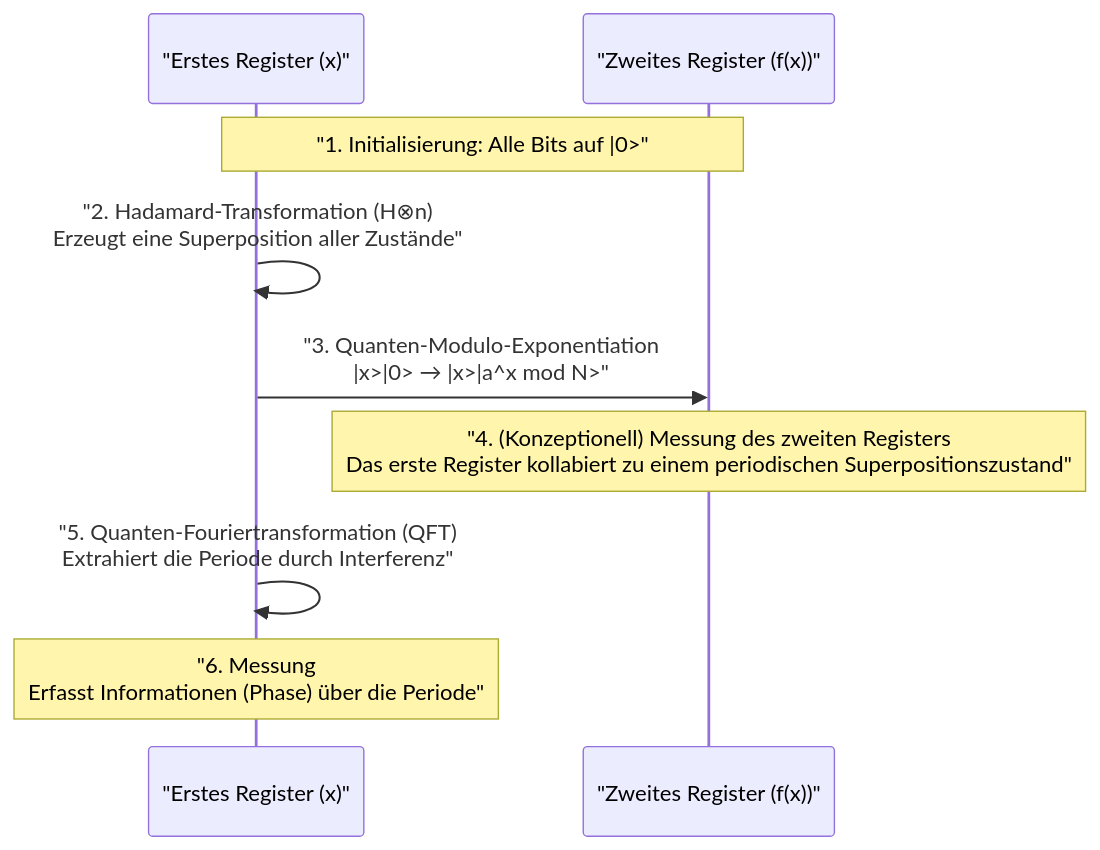
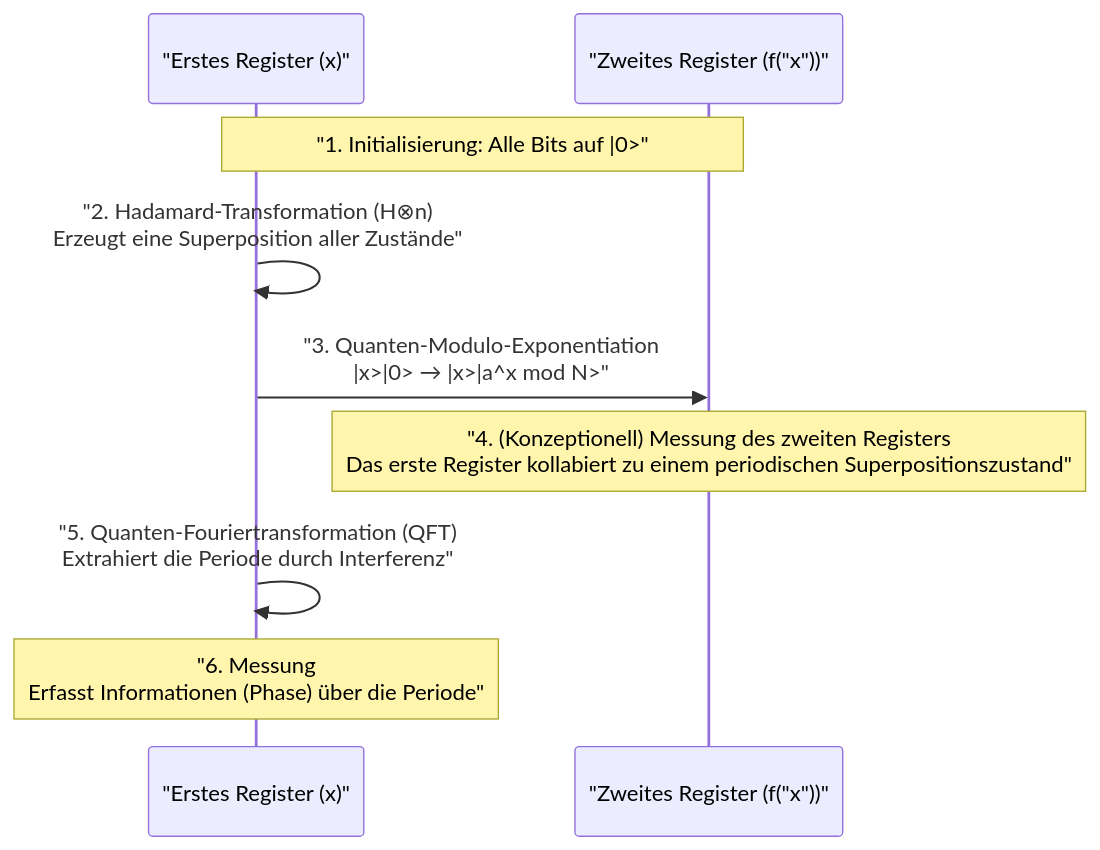
Before and after one commit to kenjinote/blog: the second of 2 diagrams in content/post/quantum-computing-shors-algorithm/index.de.md, drawn with Mermaid. The commit also changed 929 other files, not shown here.

Commit message:
fix: Add double quotes to all Mermaid node texts to resolve syntax errors

````diff
--- a/content/post/quantum-computing-shors-algorithm/index.de.md
+++ b/content/post/quantum-computing-shors-algorithm/index.de.md
@@ -197,12 +197,12 @@
 ```mermaid
 sequenceDiagram
     participant Q_Reg1 as "Erstes Register (x)"
-    participant Q_Reg2 as "Zweites Register (f(x))"
+    participant Q_Reg2 as "Zweites Register (f("x"))"
     
     Note over Q_Reg1,Q_Reg2: "1. Initialisierung: Alle Bits auf |0>"
     Q_Reg1->>Q_Reg1: "2. Hadamard-Transformation (H⊗n) <br/>Erzeugt eine Superposition aller Zustände"
     Q_Reg1->>Q_Reg2: "3. Quanten-Modulo-Exponentiation <br/> |x>|0> → |x>|a^x mod N>"
     Note over Q_Reg2: "4. (Konzeptionell) Messung des zweiten Registers<br/>Das erste Register kollabiert zu einem periodischen Superpositionszustand"
     Q_Reg1->>Q_Reg1: "5. Quanten-Fouriertransformation (QFT)<br/>Extrahiert die Periode durch Interferenz"
     Note over Q_Reg1: "6. Messung<br/>Erfasst Informationen (Phase) über die Periode"
 ```
````
